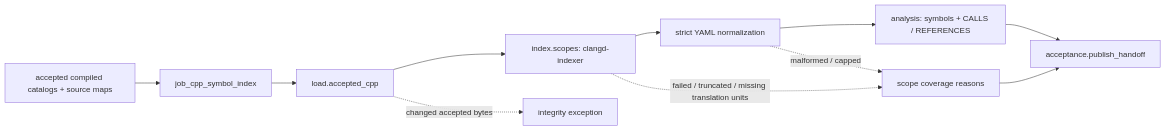
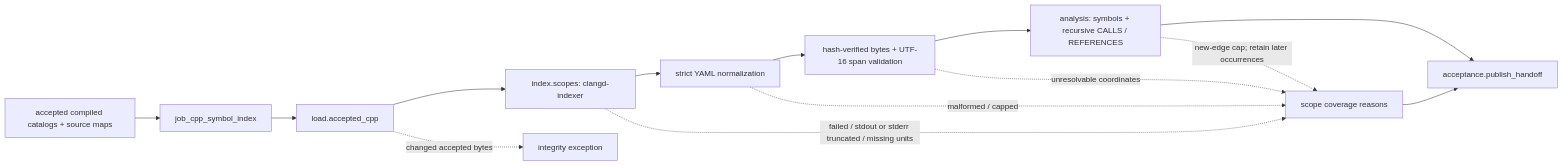
Before and after one commit to wsollers/appsec-review: the second of 2 diagrams in docs/operations/job_cpp_symbol_index.md, drawn with Mermaid. The commit also changed other lines of this file and 4 other files, not shown here.

First line of the commit message:
Fix clangd symbol positions, occurrences, and coverage (T-5092)

````diff
--- a/docs/operations/job_cpp_symbol_index.md
+++ b/docs/operations/job_cpp_symbol_index.md
@@ -270,13 +286,16 @@
 ```mermaid
 flowchart LR
   cpp["accepted compiled catalogs + source maps"] --> job["job_cpp_symbol_index"]
   job --> scopes["load.accepted_cpp"]
   scopes --> run["index.scopes: clangd-indexer"]
   run --> yaml["strict YAML normalization"]
-  yaml --> facts["analysis: symbols + CALLS / REFERENCES"]
+  yaml --> positions["hash-verified bytes + UTF-16 span validation"]
+  positions --> facts["analysis: symbols + recursive CALLS / REFERENCES"]
   facts --> publish["acceptance.publish_handoff"]
-  run -. "failed / truncated / missing translation units" .-> gaps["scope coverage reasons"]
+  run -. "failed / stdout or stderr truncated / missing units" .-> gaps["scope coverage reasons"]
   yaml -. "malformed / capped" .-> gaps
+  positions -. "unresolvable coordinates" .-> gaps
+  facts -. "new-edge cap; retain later occurrences" .-> gaps
   gaps --> publish
   scopes -. "changed accepted bytes" .-> stop["integrity exception"]
 ```
````
